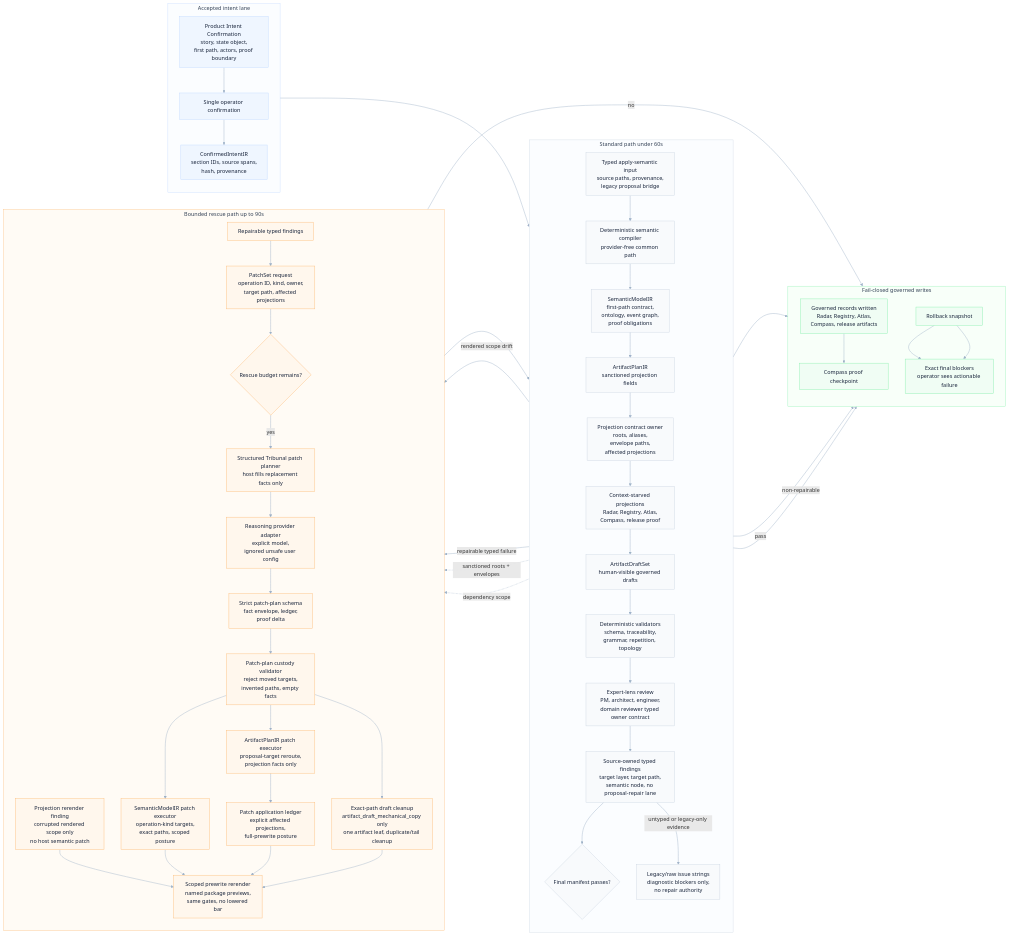
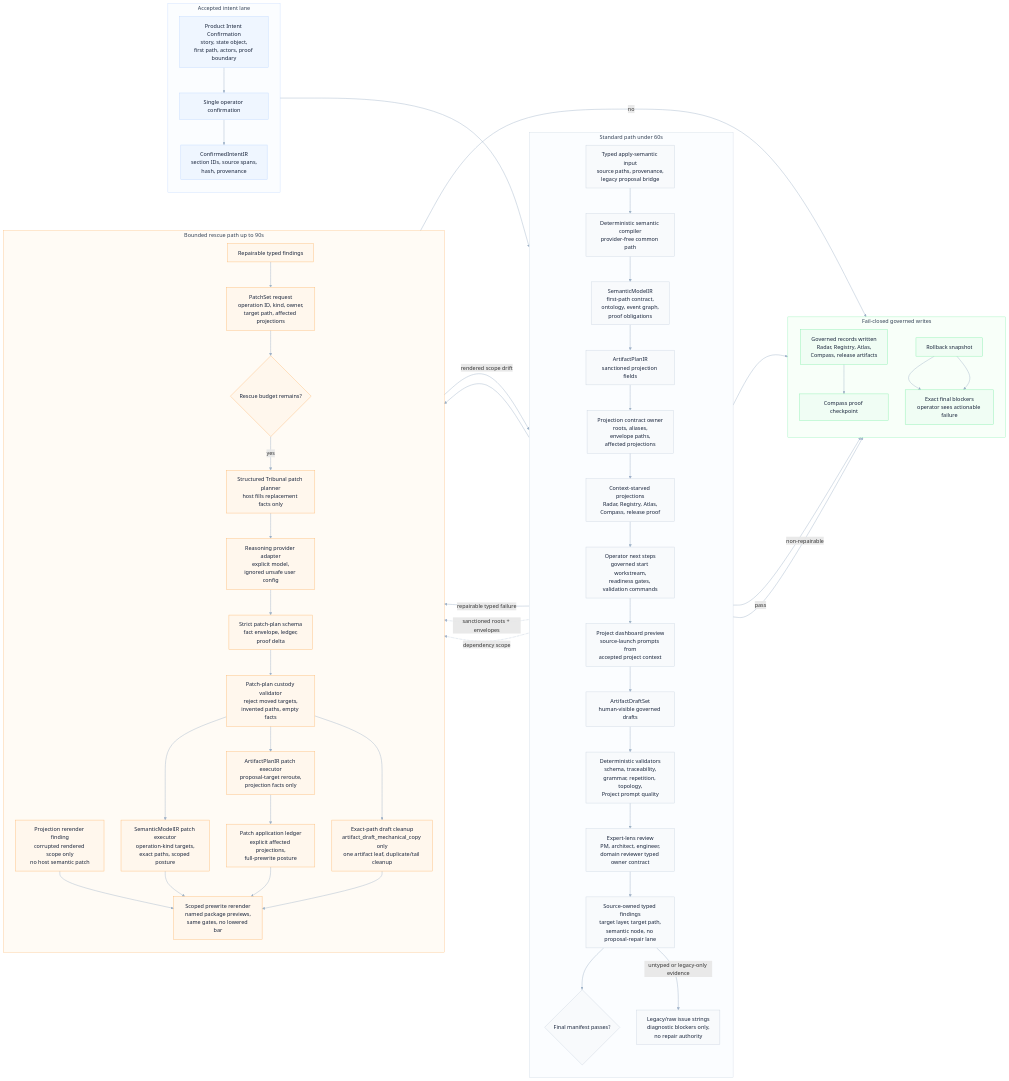
Before and after one commit to odylith/odylith: the diagram in odylith/atlas/source/domain-intelligence-greenfield-governance.mmd, drawn with Mermaid. The commit also changed 70 other files, not shown here.

Commit message:
Harden greenfield project prompt custody

```diff
--- a/odylith/atlas/source/domain-intelligence-greenfield-governance.mmd
+++ b/odylith/atlas/source/domain-intelligence-greenfield-governance.mmd
@@ -1,84 +1,86 @@
 flowchart LR
     subgraph accepted_lane["Accepted intent lane"]
       direction TB
       visible_intent["Product Intent Confirmation<br/>story, state object,<br/>first path, actors, proof boundary"]
       confirm["Single operator confirmation"]
       confirmed_ir["ConfirmedIntentIR<br/>section IDs, source spans,<br/>hash, provenance"]
     end
 
     subgraph standard_lane["Standard path under 60s"]
       direction TB
       apply_input["Typed apply-semantic input<br/>source paths, provenance,<br/>legacy proposal bridge"]
       compiler["Deterministic semantic compiler<br/>provider-free common path"]
       semantic_ir["SemanticModelIR<br/>first-path contract,<br/>ontology, event graph,<br/>proof obligations"]
       artifact_plan["ArtifactPlanIR<br/>sanctioned projection fields"]
       projection_contract["Projection contract owner<br/>roots, aliases,<br/>envelope paths,<br/>affected projections"]
       projections["Context-starved projections<br/>Radar, Registry, Atlas,<br/>Compass, release proof"]
+      next_steps["Operator next steps<br/>governed start workstream,<br/>readiness gates, validation commands"]
+      project_dashboard["Project dashboard preview<br/>source-launch prompts from<br/>accepted project context"]
       draft_set["ArtifactDraftSet<br/>human-visible governed drafts"]
-      validators["Deterministic validators<br/>schema, traceability,<br/>grammar, repetition, topology"]
+      validators["Deterministic validators<br/>schema, traceability,<br/>grammar, repetition, topology,<br/>Project prompt quality"]
       expert_lenses["Expert-lens review<br/>PM, architect, engineer,<br/>domain reviewer typed owner contract"]
       typed_findings["Source-owned typed findings<br/>target layer, target path,<br/>semantic node, no proposal-repair lane"]
       legacy_blockers["Legacy/raw issue strings<br/>diagnostic blockers only,<br/>no repair authority"]
       final_manifest{"Final manifest passes?"}
     end
 
     subgraph rescue_lane["Bounded rescue path up to 90s"]
       direction TB
       repairable["Repairable typed findings"]
       patchset["PatchSet request<br/>operation ID, kind, owner,<br/>target path, affected projections"]
       rescue_budget{"Rescue budget remains?"}
       tribunal_planner["Structured Tribunal patch planner<br/>host fills replacement facts only"]
       provider_adapter["Reasoning provider adapter<br/>explicit model,<br/>ignored unsafe user config"]
       strict_schema["Strict patch-plan schema<br/>fact envelope, ledger,<br/>proof delta"]
       custody_check["Patch-plan custody validator<br/>reject moved targets,<br/>invented paths, empty facts"]
       semantic_apply["SemanticModelIR patch executor<br/>operation-kind targets,<br/>exact paths, scoped posture"]
       plan_apply["ArtifactPlanIR patch executor<br/>proposal-target reroute,<br/>projection facts only"]
       scope_ledger["Patch application ledger<br/>explicit affected projections,<br/>full-prewrite posture"]
       projection_rerender["Projection rerender finding<br/>corrupted rendered scope only<br/>no host semantic patch"]
       copy_repair["Exact-path draft cleanup<br/>artifact_draft_mechanical_copy only<br/>one artifact leaf, duplicate/tail cleanup"]
       rerender["Scoped prewrite rerender<br/>named package previews,<br/>same gates, no lowered bar"]
     end
 
     subgraph write_lane["Fail-closed governed writes"]
       direction TB
       writes["Governed records written<br/>Radar, Registry, Atlas,<br/>Compass, release artifacts"]
       rollback["Rollback snapshot"]
       blockers["Exact final blockers<br/>operator sees actionable failure"]
       proof_log["Compass proof checkpoint"]
     end
 
     visible_intent --> confirm --> confirmed_ir
-    confirmed_ir --> apply_input --> compiler --> semantic_ir --> artifact_plan --> projection_contract --> projections --> draft_set
+    confirmed_ir --> apply_input --> compiler --> semantic_ir --> artifact_plan --> projection_contract --> projections --> next_steps --> project_dashboard --> draft_set
     draft_set --> validators --> expert_lenses --> typed_findings --> final_manifest
     typed_findings -- "untyped or legacy-only evidence" --> legacy_blockers --> rollback
     final_manifest -- "pass" --> writes --> proof_log
     final_manifest -- "rendered scope drift" --> projection_rerender --> rerender
     final_manifest -- "repairable typed failure" --> repairable --> patchset --> rescue_budget
     rescue_budget -- "yes" --> tribunal_planner --> provider_adapter --> strict_schema --> custody_check
     custody_check --> semantic_apply
     custody_check --> plan_apply
     custody_check --> copy_repair
     projection_contract -. "sanctioned roots + envelopes" .-> plan_apply
     projection_contract -. "dependency scope" .-> scope_ledger
     semantic_apply --> rerender
     plan_apply --> scope_ledger --> rerender
     copy_repair --> rerender
     rerender --> validators
     rescue_budget -- "no" --> rollback --> blockers
     final_manifest -- "non-repairable" --> rollback
     rollback --> blockers
 
     classDef intent fill:#EFF6FF,stroke:#BFD7FE,color:#17233A,stroke-width:1.2px;
     classDef standard fill:#F8FAFC,stroke:#CBD5E1,color:#17233A,stroke-width:1.2px;
     classDef rescue fill:#FFF7ED,stroke:#FDBA74,color:#17233A,stroke-width:1.2px;
     classDef write fill:#F0FDF4,stroke:#86EFAC,color:#17233A,stroke-width:1.2px;
     class visible_intent,confirm,confirmed_ir intent;
-    class apply_input,compiler,semantic_ir,artifact_plan,projection_contract,projections,draft_set,validators,expert_lenses,typed_findings,legacy_blockers,final_manifest standard;
+    class apply_input,compiler,semantic_ir,artifact_plan,projection_contract,projections,next_steps,project_dashboard,draft_set,validators,expert_lenses,typed_findings,legacy_blockers,final_manifest standard;
     class repairable,patchset,rescue_budget,tribunal_planner,provider_adapter,strict_schema,custody_check,semantic_apply,plan_apply,scope_ledger,projection_rerender,copy_repair,rerender rescue;
     class writes,rollback,blockers,proof_log write;
 
     style accepted_lane fill:#FBFDFF,stroke:#BFD7FE,stroke-width:1px,color:#334155
     style standard_lane fill:#FBFDFF,stroke:#CBD5E1,stroke-width:1px,color:#334155
     style rescue_lane fill:#FFFBF5,stroke:#FDBA74,stroke-width:1px,color:#334155
     style write_lane fill:#F8FFF9,stroke:#86EFAC,stroke-width:1px,color:#334155
     linkStyle default stroke:#9FB2C8,stroke-width:1.25px
```
